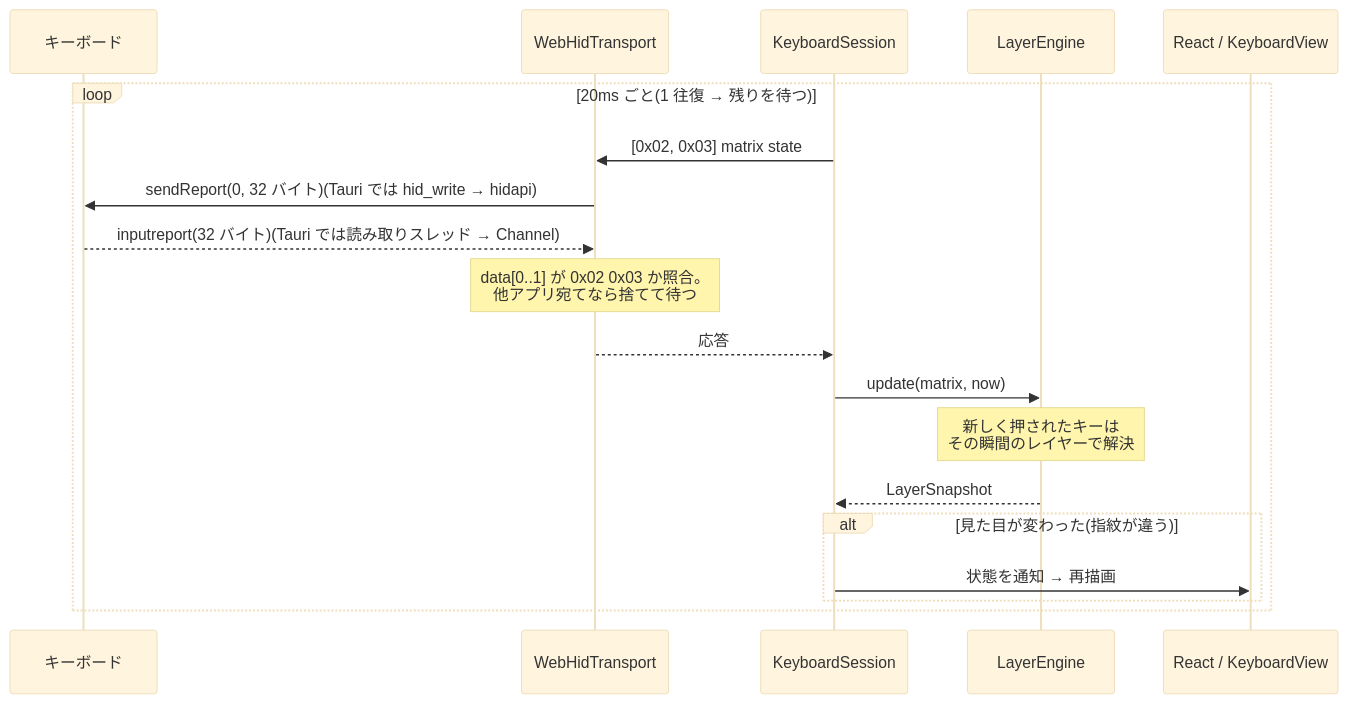
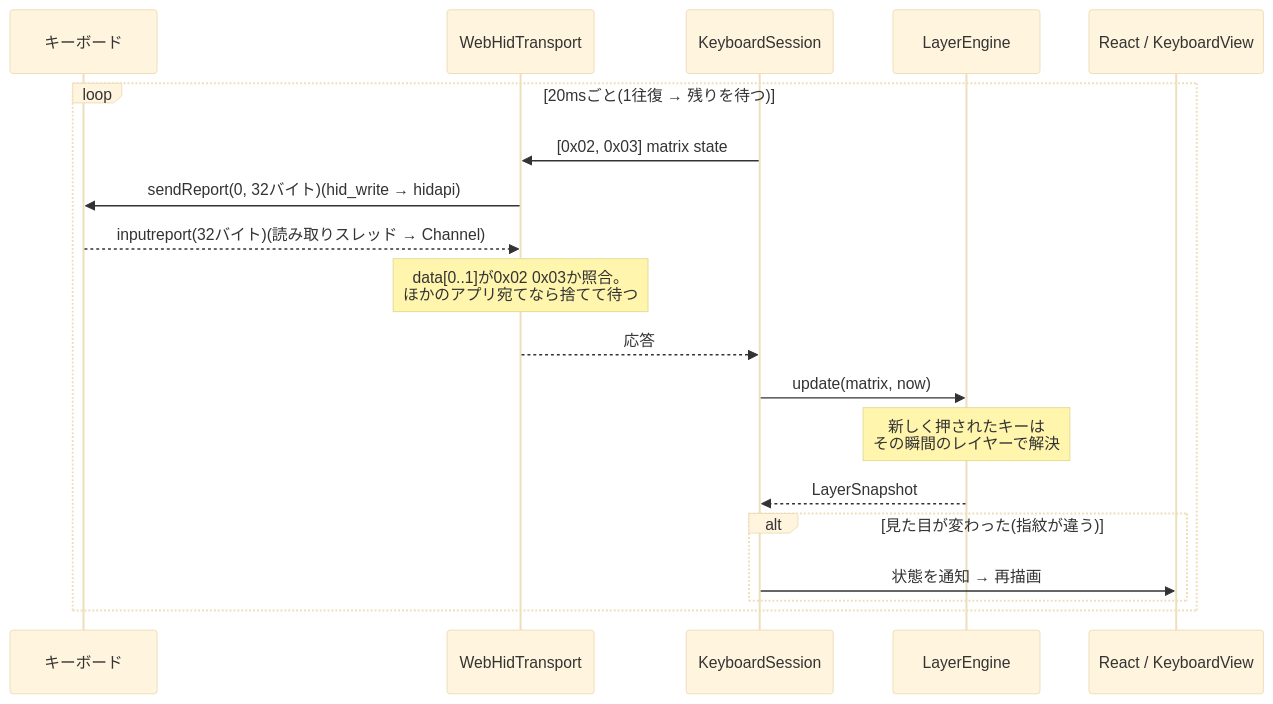
The third of 4 diagrams in docs/ARCHITECTURE.md (masacchi/live-keymap-viewer), drawn with Mermaid (base theme) before and after one commit. The commit also changed other lines of this file and 8 other files, not shown here.

````diff
--- a/docs/ARCHITECTURE.md
+++ b/docs/ARCHITECTURE.md
@@ -137,22 +137,22 @@
 ```mermaid
 sequenceDiagram
   participant KB as キーボード
   participant T as WebHidTransport
   participant S as KeyboardSession
   participant E as LayerEngine
   participant R as React / KeyboardView
 
-  loop 20ms ごと(1 往復 → 残りを待つ)
+  loop 20msごと(1往復 → 残りを待つ)
     S->>T: [0x02, 0x03] matrix state
-    T->>KB: sendReport(0, 32 バイト)(Tauri では hid_write → hidapi)
-    KB-->>T: inputreport(32 バイト)(Tauri では読み取りスレッド → Channel)
-    Note over T: data[0..1] が 0x02 0x03 か照合。<br/>他アプリ宛てなら捨てて待つ
+    T->>KB: sendReport(0, 32バイト)(hid_write → hidapi)
+    KB-->>T: inputreport(32バイト)(読み取りスレッド → Channel)
+    Note over T: data[0..1]が0x02 0x03か照合。<br/>ほかのアプリ宛てなら捨てて待つ
     T-->>S: 応答
     S->>E: update(matrix, now)
     Note over E: 新しく押されたキーは<br/>その瞬間のレイヤーで解決
     E-->>S: LayerSnapshot
     alt 見た目が変わった(指紋が違う)
       S->>R: 状態を通知 → 再描画
     end
   end
 ```
````
